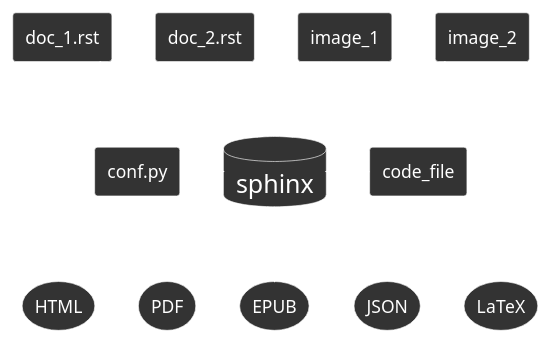
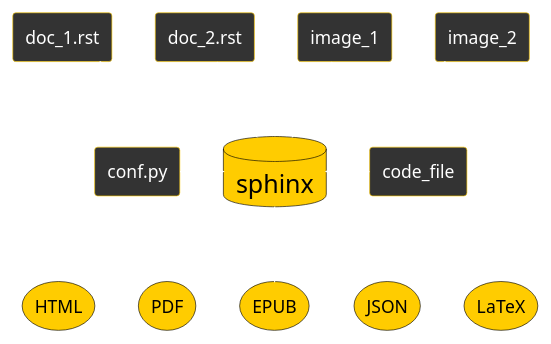
The diagram in presentations/plantuml/sphinx_workflow.puml (useblocks/dwf), drawn with PlantUML before and after one commit. The commit also changed 11 other files, not shown here.

```diff
--- a/presentations/plantuml/sphinx_workflow.puml
+++ b/presentations/plantuml/sphinx_workflow.puml
@@ -1,48 +1,51 @@
 @startuml
 
     skinparam backgroundColor transparent
     skinparam arrowColor #ffffff
+
     skinparam rectangleBackgroundColor #333
-    skinparam rectangleBorderColor #fff
+    skinparam rectangleBorderColor #ffcc00
     skinparam rectangleAttributeFontColor #fff
     skinparam rectangleFontColor #fff
-    skinparam databaseBackgroundColor #333
-    skinparam databaseBorderColor #fff
+
+    skinparam databaseBackgroundColor #ffcc00
+    skinparam databaseBorderColor #000
     skinparam databaseAttributeFontColor #fff
-    skinparam databaseFontColor #fff
+    skinparam databaseFontColor #000
     skinparam databaseFontSize 20
-    skinparam storageBackgroundColor #333
-    skinparam storageBorderColor #fff
+
+    skinparam storageBackgroundColor #ffcc00
+    skinparam storageBorderColor #000
     skinparam storageAttributeFontColor #fff
-    skinparam storageFontColor #fff
+    skinparam storageFontColor #000
     skinparam shadowing false
 
 
     database sphinx as s
 
     rectangle doc_1.rst as doc_1
     rectangle doc_2.rst as doc_2
     rectangle code_file as cf
     rectangle image_1 as i1
     rectangle image_2 as i2
     rectangle conf.py as conf
 
     storage "HTML" as html
     storage "PDF" as pdf
     storage "EPUB" as epub
     storage "JSON" as json
     storage "LaTeX" as latex
 
     doc_1 --> s
     doc_2 --> s
     i1 --> s
     i2 --> s
     cf -left-> s
     conf -right-> s
 
     s --> html
     s --> pdf
     s --> epub
     s --> json
     s --> latex
 @enduml
```
